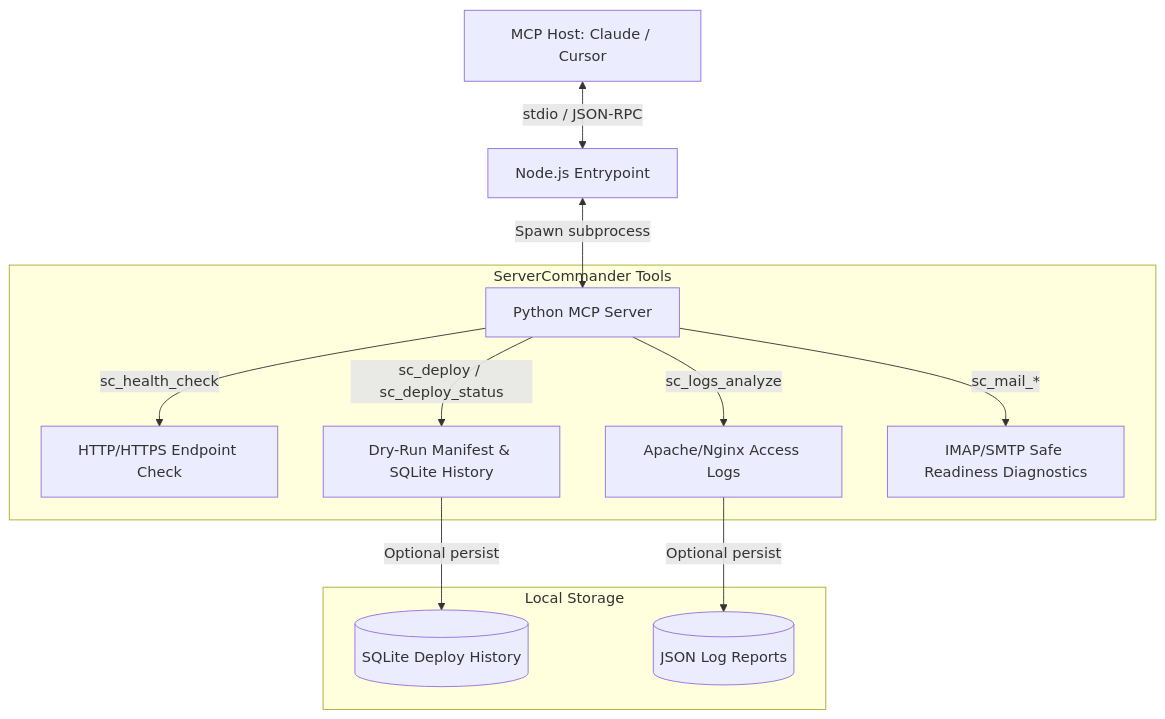
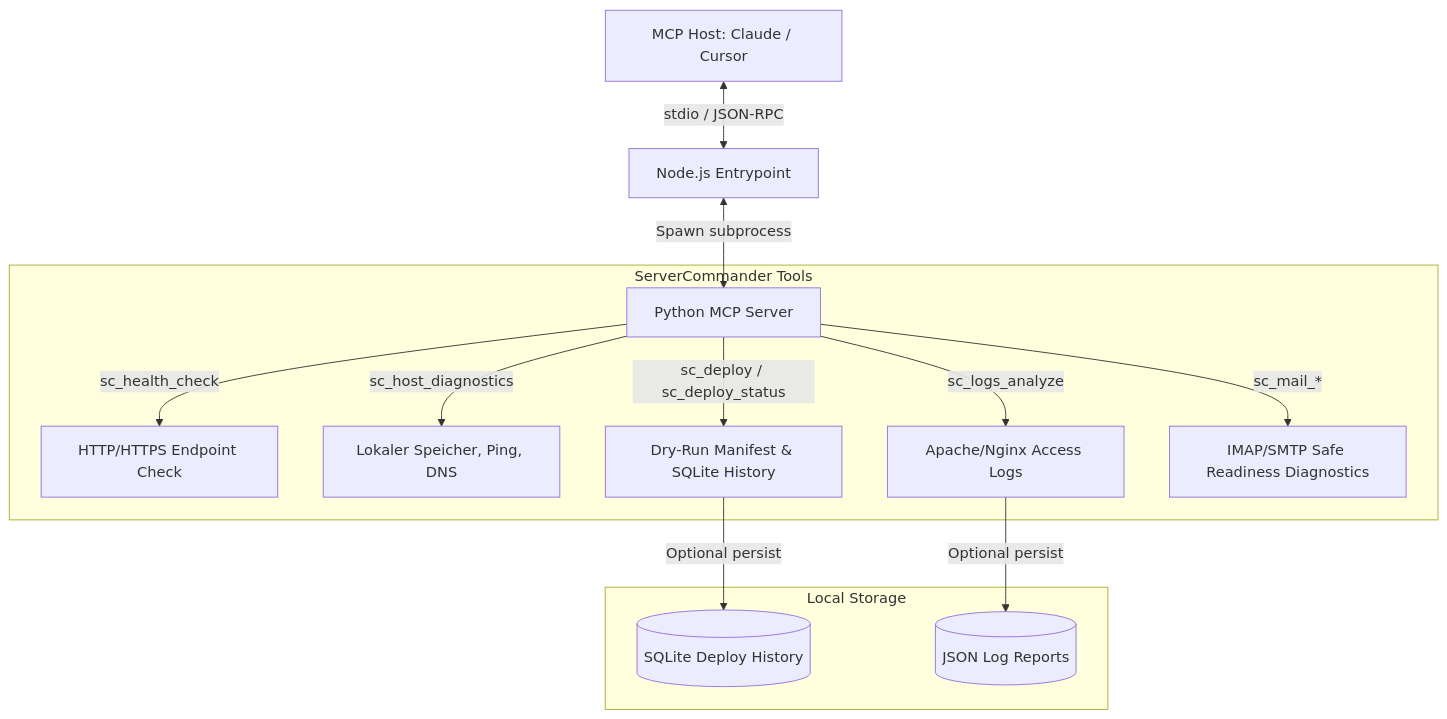
The diagram in README_de.md (ellmos-ai/ellmos-servercommander-mcp), drawn with Mermaid before and after one commit. The commit also changed other lines of this file and 12 other files, not shown here.

Commit message:
feat(health): add configuration-first host diagnostics

````diff
--- a/README_de.md
+++ b/README_de.md
@@ -26,17 +26,18 @@
 ```mermaid
 graph TD
     Client[MCP Host: Claude / Cursor] <-->|stdio / JSON-RPC| NodeWrapper[Node.js Entrypoint]
     NodeWrapper <-->|Spawn subprocess| PyServer[Python MCP Server]
     
     subgraph Tools [ServerCommander Tools]
         PyServer -->|sc_health_check| HTTP[HTTP/HTTPS Endpoint Check]
+        PyServer -->|sc_host_diagnostics| Host[Lokaler Speicher, Ping, DNS]
         PyServer -->|sc_logs_analyze| Logs[Apache/Nginx Access Logs]
         PyServer -->|sc_deploy / sc_deploy_status| Deploy[Dry-Run Manifest & SQLite History]
         PyServer -->|sc_mail_*| Mail[IMAP/SMTP Safe Readiness Diagnostics]
     end
     
     subgraph Storage [Local Storage]
         Deploy -->|Optional persist| SQLite[(SQLite Deploy History)]
         Logs -->|Optional persist| JSONReports[(JSON Log Reports)]
     end
 ```
````
